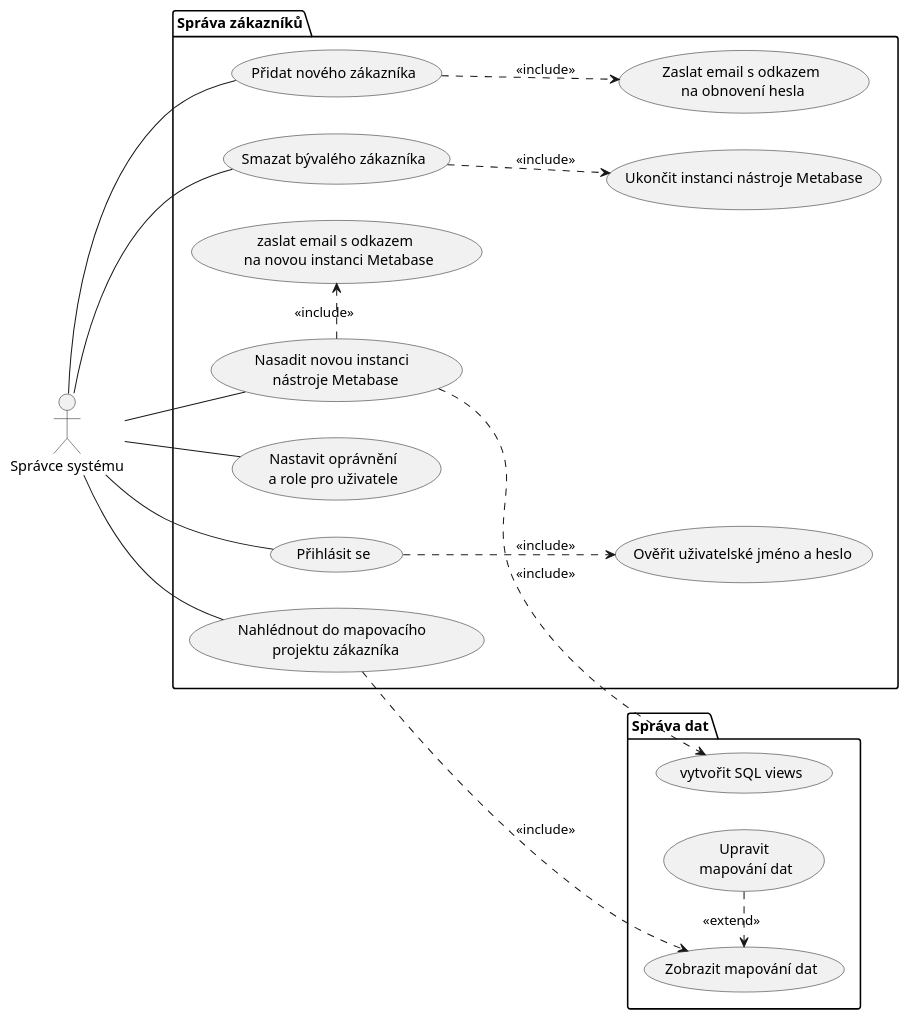
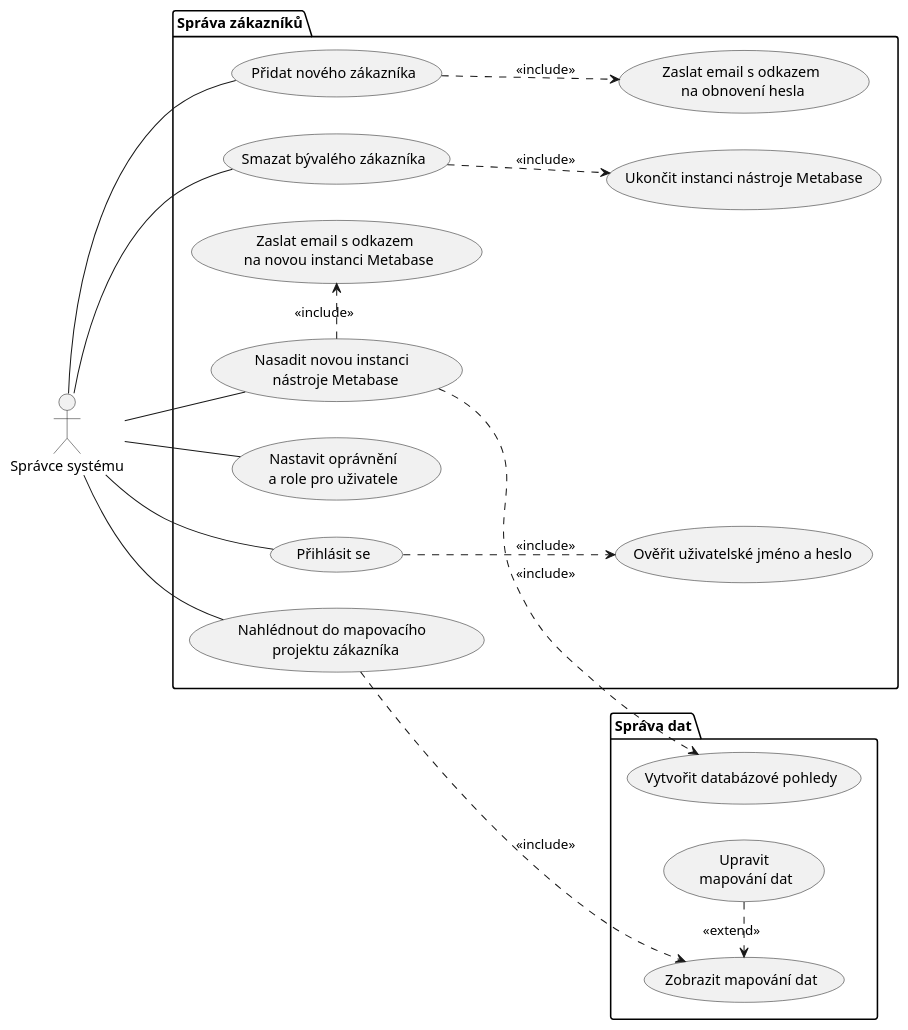
Before and after one commit to michael-sevcik/SaaS-Platform-for-BI-Tool: the first of 2 diagrams in Architecture/UseCases/usecases.plantuml, drawn with PlantUML. The commit also changed other lines of this file, not shown here.

```diff
--- a/Architecture/UseCases/usecases.plantuml
+++ b/Architecture/UseCases/usecases.plantuml
@@ -1,42 +1,42 @@
 @startuml "Use Case Diagram - Správce systému"
 left to right direction
 
 actor "Správce systému" as admin
 
 ' Použijeme syntaxi package NÁZEV { ... } pro označení modulů
 package "Správa zákazníků" {
     (Přidat nového zákazníka) as add_customer
     (Smazat bývalého zákazníka) as delete_customer
     (Ukončit instanci nástroje Metabase) as stop_metabase
     (Nastavit oprávnění\na role pro uživatele) as set_permissions
     (Přihlásit se) as login
     (Ověřit uživatelské jméno a heslo) as verify_credentials
     (Nahlédnout do mapovacího \n projektu zákazníka) as view_customers_mapping
     (Nasadit novou instanci \n nástroje Metabase) as start_metabase
     (Zaslat email s odkazem\n na obnovení hesla) as send_password_reset_email
-    (zaslat email s odkazem \n na novou instanci Metabase) as send_metabase_link
+    (Zaslat email s odkazem \n na novou instanci Metabase) as send_metabase_link
     login ..> verify_credentials : <<include>>
     add_customer ..> send_password_reset_email : <<include>>
     delete_customer ..> stop_metabase : <<include>>
     start_metabase .r.> send_metabase_link : <<include>>
 }
 
 package "Správa dat" {
     (Zobrazit mapování dat) as view_data_mapping
     (Upravit\n mapování dat) as edit_data_mapping
-    (vytvořit SQL views) as create_views
+    (Vytvořit databázové pohledy) as create_views
     edit_data_mapping .r.> view_data_mapping : <<extend>>
 }
 
 view_customers_mapping .d.> view_data_mapping : <<include>>
 start_metabase .d.> create_views : <<include>>
 
 ' Zachováme vztahy mezi use casy a aktéry
 admin -u- login
 admin -- add_customer
 admin -- delete_customer
 admin -d- view_customers_mapping
 admin -d- start_metabase
 admin -d- set_permissions
 
 @enduml
```
